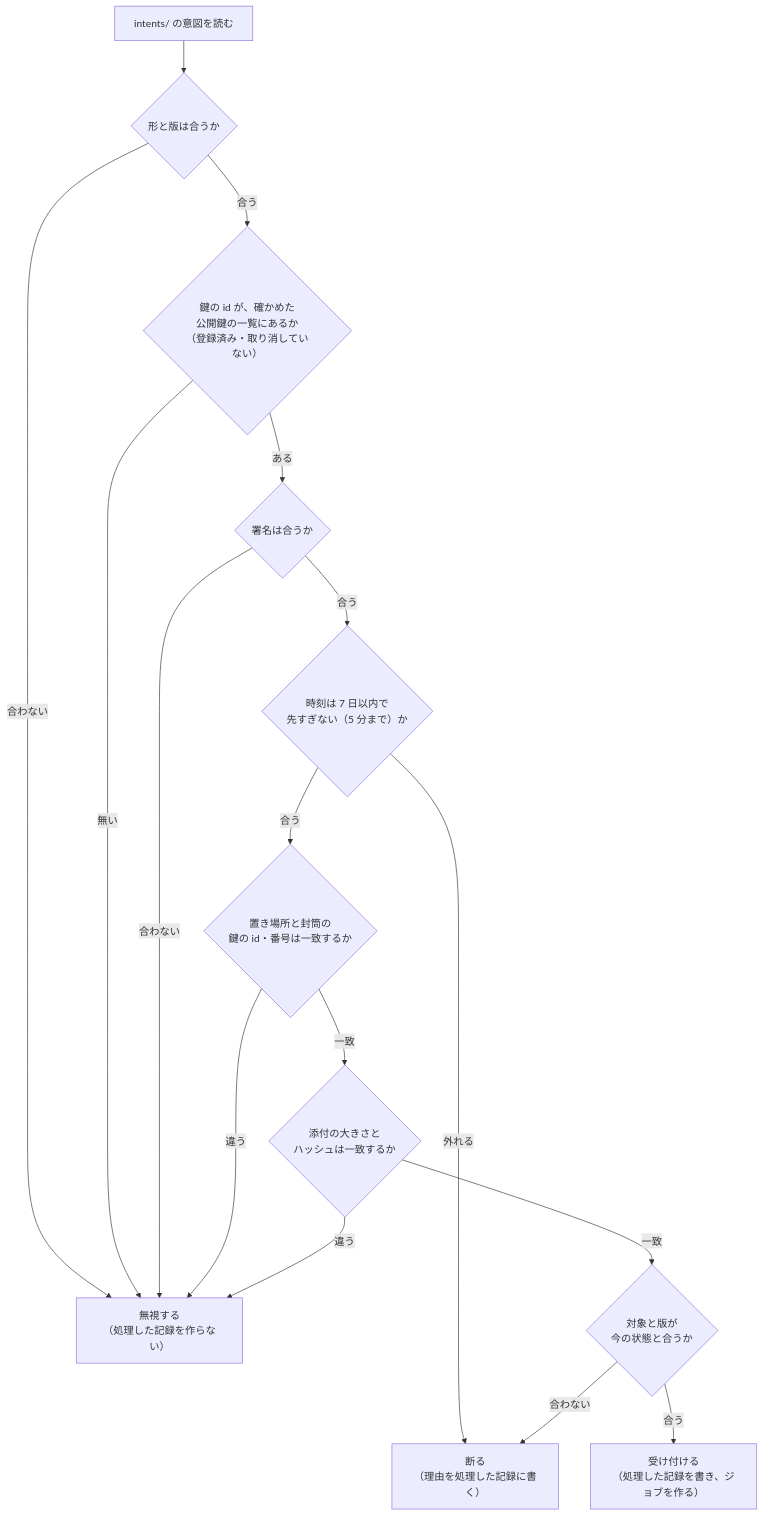
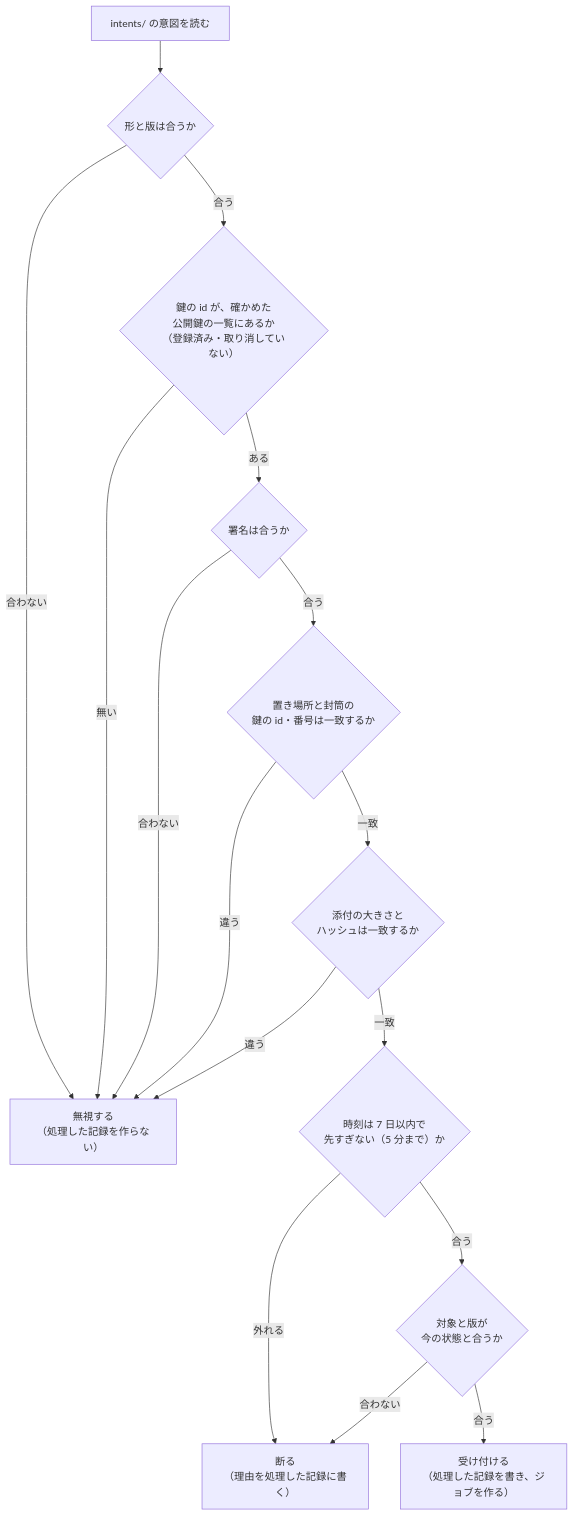
Before and after one commit to shilokuma-inc/ask-hub-apple: the third of 5 diagrams in docs/renewal/signing-guide.md, drawn with Mermaid. The commit also changed other lines of this file, not shown here.

Commit message:
[docs] 署名の解説資料の、司令塔が確かめる順の図を正本の決まりに合わせる

````diff
--- a/docs/renewal/signing-guide.md
+++ b/docs/renewal/signing-guide.md
@@ -155,18 +155,18 @@
 ```mermaid
 flowchart TD
   start["intents/ の意図を読む"] --> shape{"形と版は合うか"}
   shape -->|"合わない"| ignored["無視する<br>（処理した記録を作らない）"]
   shape -->|"合う"| key{"鍵の id が、確かめた<br>公開鍵の一覧にあるか<br>（登録済み・取り消していない）"}
   key -->|"無い"| ignored
   key -->|"ある"| sig{"署名は合うか"}
   sig -->|"合わない"| ignored
-  sig -->|"合う"| time{"時刻は 7 日以内で<br>先すぎない（5 分まで）か"}
-  time -->|"外れる"| rejected["断る<br>（理由を処理した記録に書く）"]
-  time -->|"合う"| place{"置き場所と封筒の<br>鍵の id・番号は一致するか"}
+  sig -->|"合う"| place{"置き場所と封筒の<br>鍵の id・番号は一致するか"}
   place -->|"違う"| ignored
   place -->|"一致"| attach{"添付の大きさと<br>ハッシュは一致するか"}
   attach -->|"違う"| ignored
-  attach -->|"一致"| target{"対象と版が<br>今の状態と合うか"}
+  attach -->|"一致"| time{"時刻は 7 日以内で<br>先すぎない（5 分まで）か"}
+  time -->|"外れる"| rejected["断る<br>（理由を処理した記録に書く）"]
+  time -->|"合う"| target{"対象と版が<br>今の状態と合うか"}
   target -->|"合わない"| rejected
   target -->|"合う"| accepted["受け付ける<br>（処理した記録を書き、ジョブを作る）"]
 ```
````
